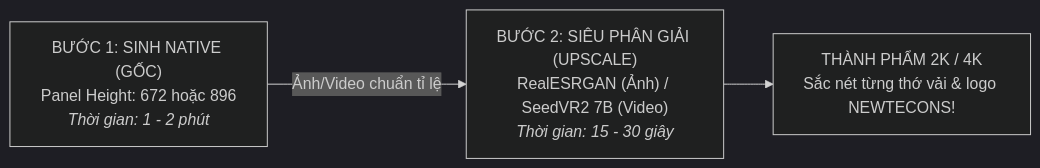
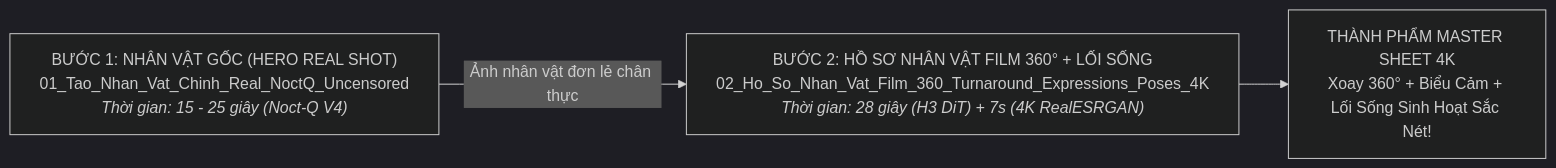
One commit to Long0308/ComfyUIStudio changed the second of 2 diagrams in README.md. Above: the diagram before and after it, drawn with Mermaid (dark theme). The commit also changed other lines of this file and 13 other files, not shown here.

First line of the commit message:
feat(workflow): integrate Prompt-As-Code and Film Character Master Sheet architecture

````diff
--- a/README.md
+++ b/README.md
@@ -211,5 +212,5 @@
 ```mermaid
 flowchart LR
-    A["BƯỚC 1: SINH NATIVE (GỐC)<br>Panel Height: 672 hoặc 896<br><i>Thời gian: 1 - 2 phút</i>"] -->|Ảnh/Video chuẩn tỉ lệ| B["BƯỚC 2: SIÊU PHÂN GIẢI (UPSCALE)<br>RealESRGAN (Ảnh) / SeedVR2 7B (Video)<br><i>Thời gian: 15 - 30 giây</i>"]
-    B --> C["THÀNH PHẨM 2K / 4K<br>Sắc nét từng thớ vải & logo NEWTECONS!"]
+    A["BƯỚC 1: NHÂN VẬT GỐC (HERO REAL SHOT)<br>01_Tao_Nhan_Vat_Chinh_Real_NoctQ_Uncensored<br><i>Thời gian: 15 - 25 giây (Noct-Q V4)</i>"] -->|Ảnh nhân vật đơn lẻ chân thực| B["BƯỚC 2: HỒ SƠ NHÂN VẬT FILM 360° + LỐI SỐNG<br>02_Ho_So_Nhan_Vat_Film_360_Turnaround_Expressions_Poses_4K<br><i>Thời gian: 28 giây (H3 DiT) + 7s (4K RealESRGAN)</i>"]
+    B --> C["THÀNH PHẨM MASTER SHEET 4K<br>Xoay 360° + Biểu Cảm + Lối Sống Sinh Hoạt Sắc Nét!"]
 ```
````
